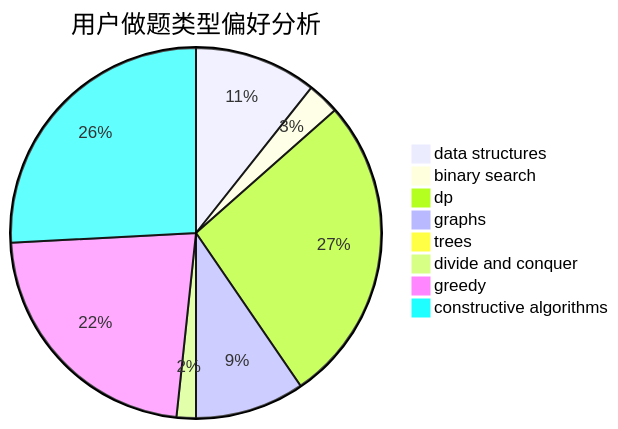
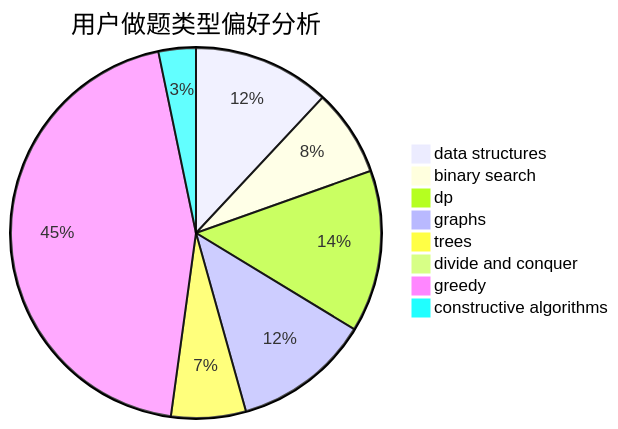
The second of 3 diagrams in docs/user/u2065.md (sherpahu/cfrs.github.io), drawn with Mermaid before and after one commit. The commit also changed other lines of this file and 2770 other files, not shown here.

````diff
--- a/docs/user/u2065.md
+++ b/docs/user/u2065.md
@@ -23,11 +23,11 @@
 ```mermaid
 pie title 用户做题类型偏好分析
-    "data structures" :  19
-    "binary search" :  5
-    "dp" :  48
-    "graphs" :  17
-    "trees" :  1
-    "divide and conquer" :  3
-    "greedy" :  40
-    "constructive algorithms" :  46
+    "data structures" :  11
+    "binary search" :  7
+    "dp" :  13
+    "graphs" :  11
+    "trees" :  6
+    "divide and conquer" :  0
+    "greedy" :  41
+    "constructive algorithms" :  3
 ```
````
